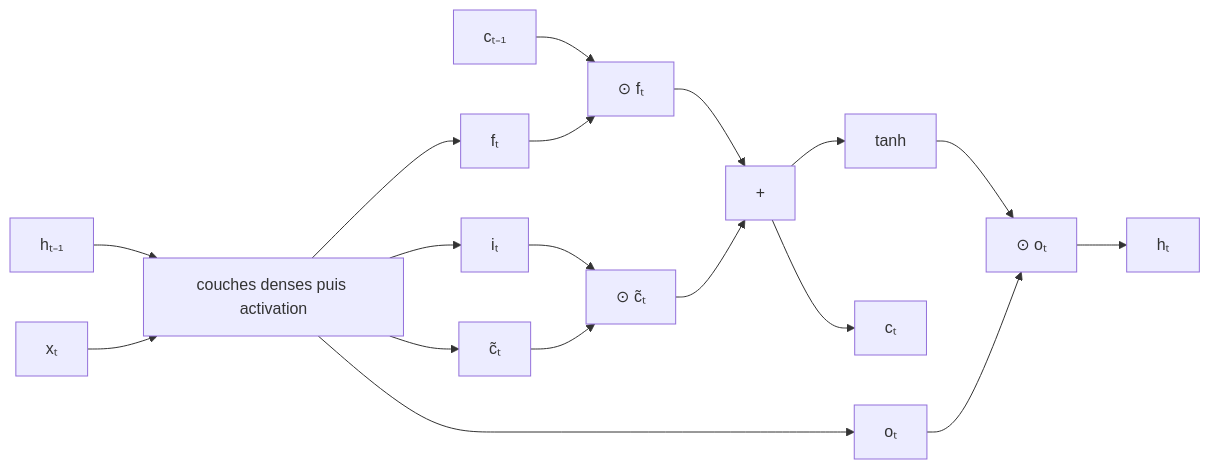
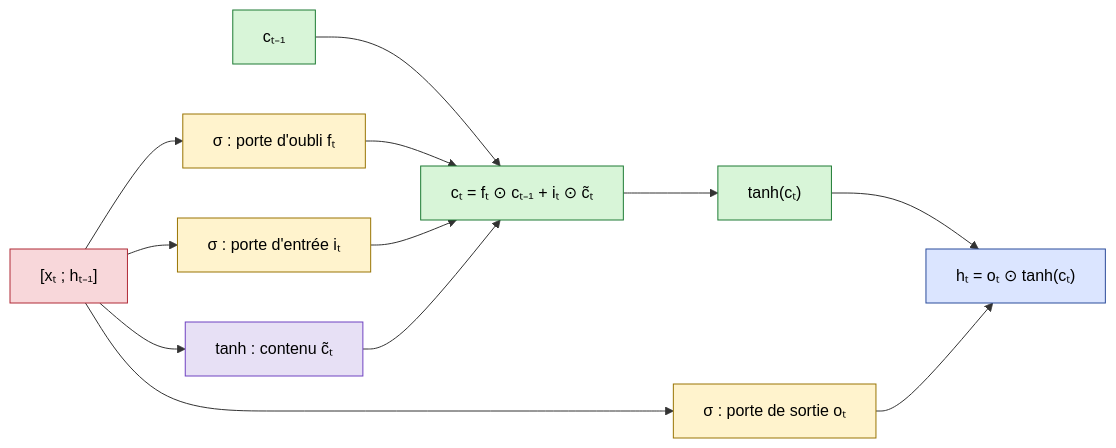
One commit to HydraaaNF/Obsidian-sciences-notes changed the diagram in Machine Learning/Mémoire à long et court terme.md. Above: the diagram before and after it, drawn with Mermaid. The commit also changed other lines of this file and 7 other files, not shown here.

````diff
--- a/Machine Learning/Mémoire à long et court terme.md
+++ b/Machine Learning/Mémoire à long et court terme.md
@@ -22,20 +22,24 @@
 ```mermaid
 flowchart LR
-    hp["hₜ₋₁"] --> g["couches denses puis activation"]
-    x["xₜ"] --> g
-    g --> f["fₜ"]
-    g --> i["iₜ"]
-    g --> o["oₜ"]
-    g --> cc["c̃ₜ"]
-    ct["cₜ₋₁"] --> mo["⊙ fₜ"]
-    f --> mo
-    mo --> add["+"]
-    i --> mi["⊙ c̃ₜ"]
-    cc --> mi
-    mi --> add
-    add --> c1["cₜ"]
-    add --> th["tanh"]
-    th --> ou["⊙ oₜ"]
-    o --> ou
-    ou --> h["hₜ"]
+    cp["cₜ₋₁"] --> ct["cₜ = fₜ ⊙ cₜ₋₁ + iₜ ⊙ c̃ₜ"]
+    inp["[xₜ ; hₜ₋₁]"] --> gf["σ : porte d'oubli fₜ"]
+    inp --> gi["σ : porte d'entrée iₜ"]
+    inp --> gc["tanh : contenu c̃ₜ"]
+    inp --> go["σ : porte de sortie oₜ"]
+    gf --> ct
+    gi --> ct
+    gc --> ct
+    ct --> th["tanh(cₜ)"]
+    th --> h["hₜ = oₜ ⊙ tanh(cₜ)"]
+    go --> h
+    classDef entree fill:#f8d7da,stroke:#b02a37,color:#000
+    classDef memoire fill:#d8f5d8,stroke:#1e7b34,color:#000
+    classDef sortie fill:#dbe5ff,stroke:#2b4c9b,color:#000
+    classDef porte fill:#fff3cd,stroke:#997404,color:#000
+    classDef contenu fill:#e7e0f5,stroke:#6f42c1,color:#000
+    class inp entree
+    class cp,ct,th memoire
+    class h sortie
+    class gf,gi,go porte
+    class gc contenu
 ```
````
